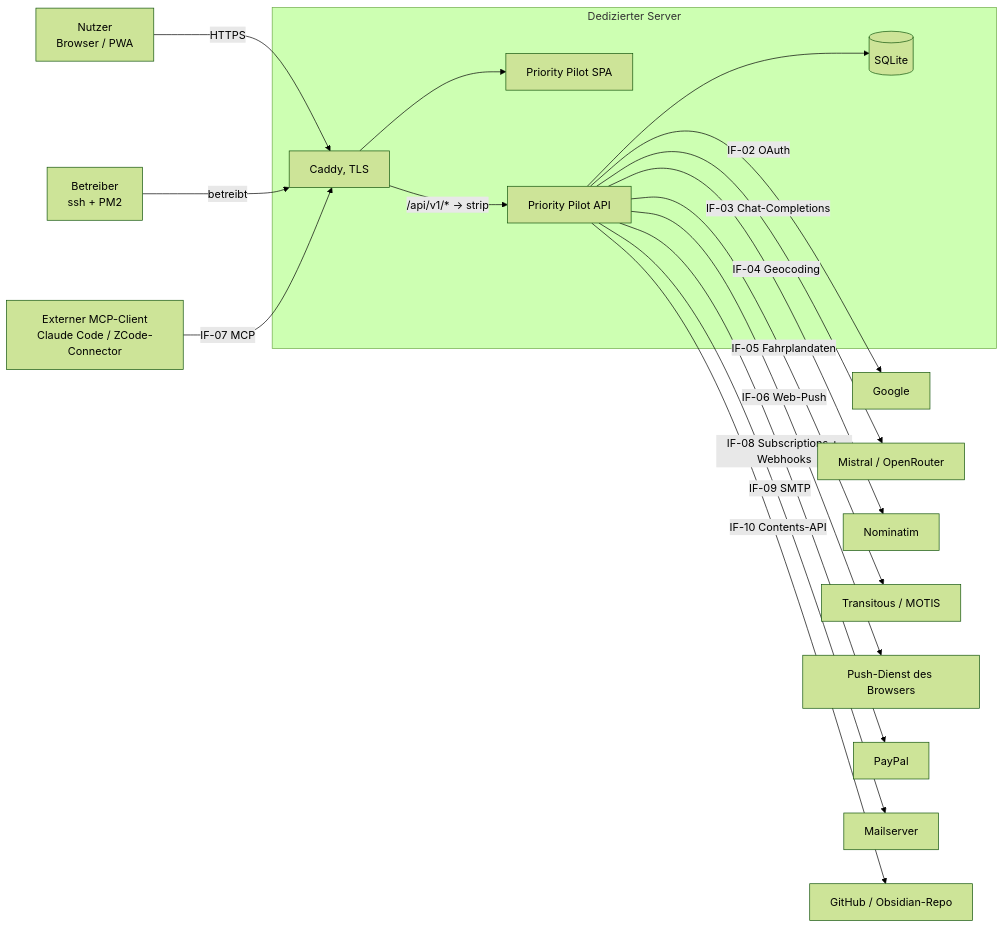
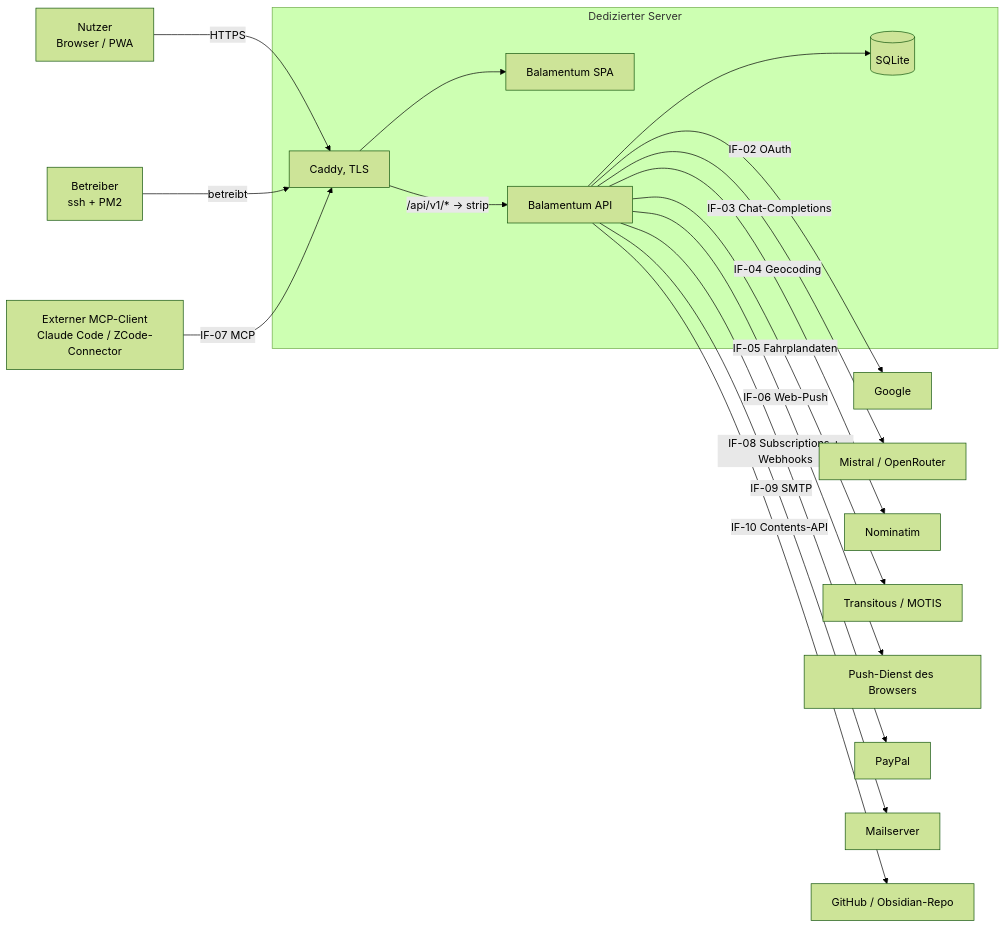
The first of 5 diagrams in docs/arc42.md (deleonio/priority-pilot), drawn with Mermaid (forest theme) before and after one commit. The commit also changed other lines of this file and 247 other files, not shown here.

````diff
--- a/docs/arc42.md
+++ b/docs/arc42.md
@@ -67,19 +67,19 @@
 ```mermaid
 graph LR
     Nutzer[Nutzer<br/>Browser / PWA] -->|HTTPS| Caddy
     Betreiber[Betreiber<br/>ssh + PM2] -->|betreibt| Caddy
     MCPClient[Externer MCP-Client<br/>Claude Code / ZCode-Connector] -->|IF-07 MCP| Caddy
     subgraph Host[Dedizierter Server]
-        Caddy[Caddy, TLS] --> SPA[Priority Pilot SPA]
-        Caddy -->|"/api/v1/* → strip"| API[Priority Pilot API]
+        Caddy[Caddy, TLS] --> SPA[Balamentum SPA]
+        Caddy -->|"/api/v1/* → strip"| API[Balamentum API]
         API --> DB[(SQLite)]
     end
     API -->|IF-02 OAuth| Google[Google]
     API -->|IF-03 Chat-Completions| LLM[Mistral / OpenRouter]
     API -->|IF-04 Geocoding| Nominatim[Nominatim]
     API -->|IF-05 Fahrplandaten| Transitous[Transitous / MOTIS]
     API -->|IF-06 Web-Push| Push[Push-Dienst des Browsers]
     API -->|IF-08 Subscriptions + Webhooks| PayPal[PayPal]
     API -->|IF-09 SMTP| Mail[Mailserver]
     API -->|IF-10 Contents-API| GitHub[GitHub / Obsidian-Repo]
 ```
````
